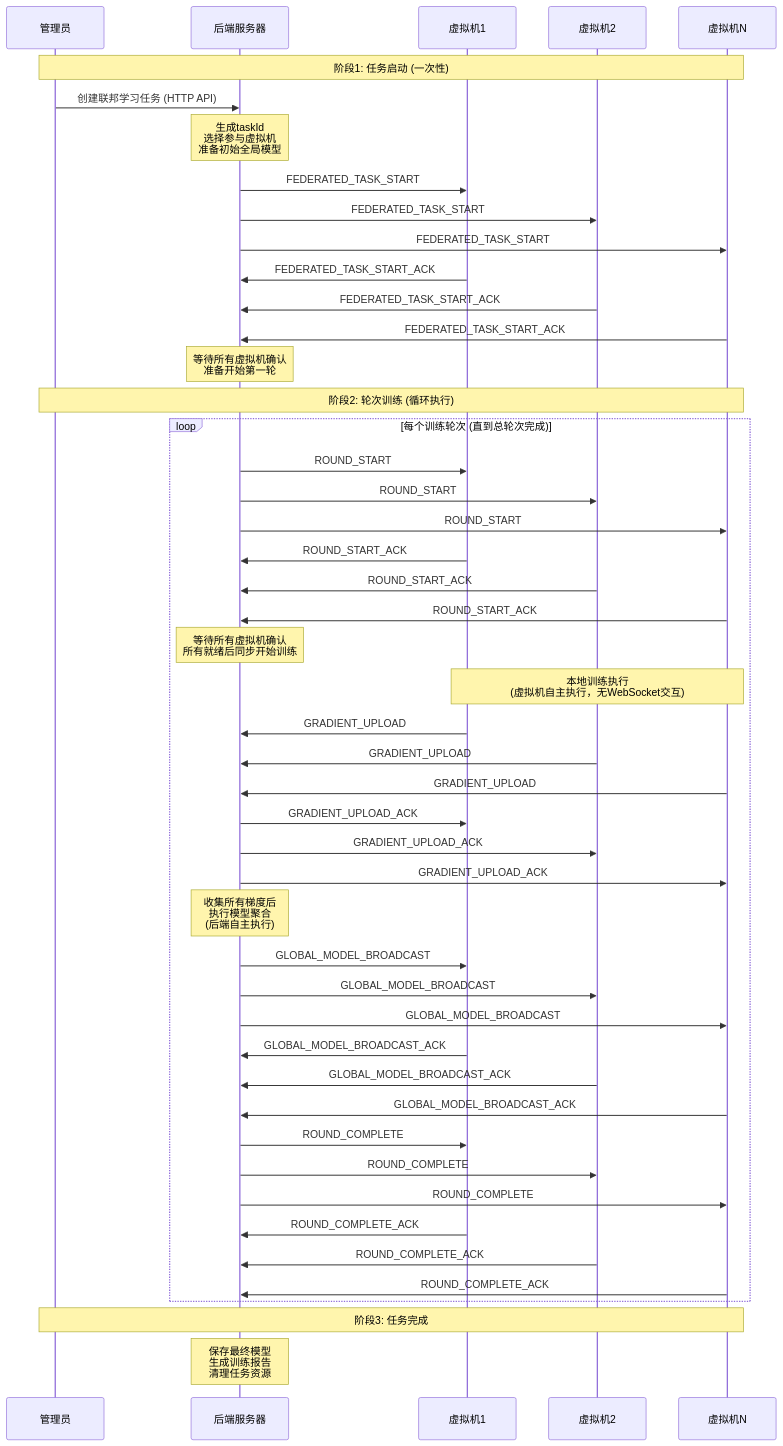
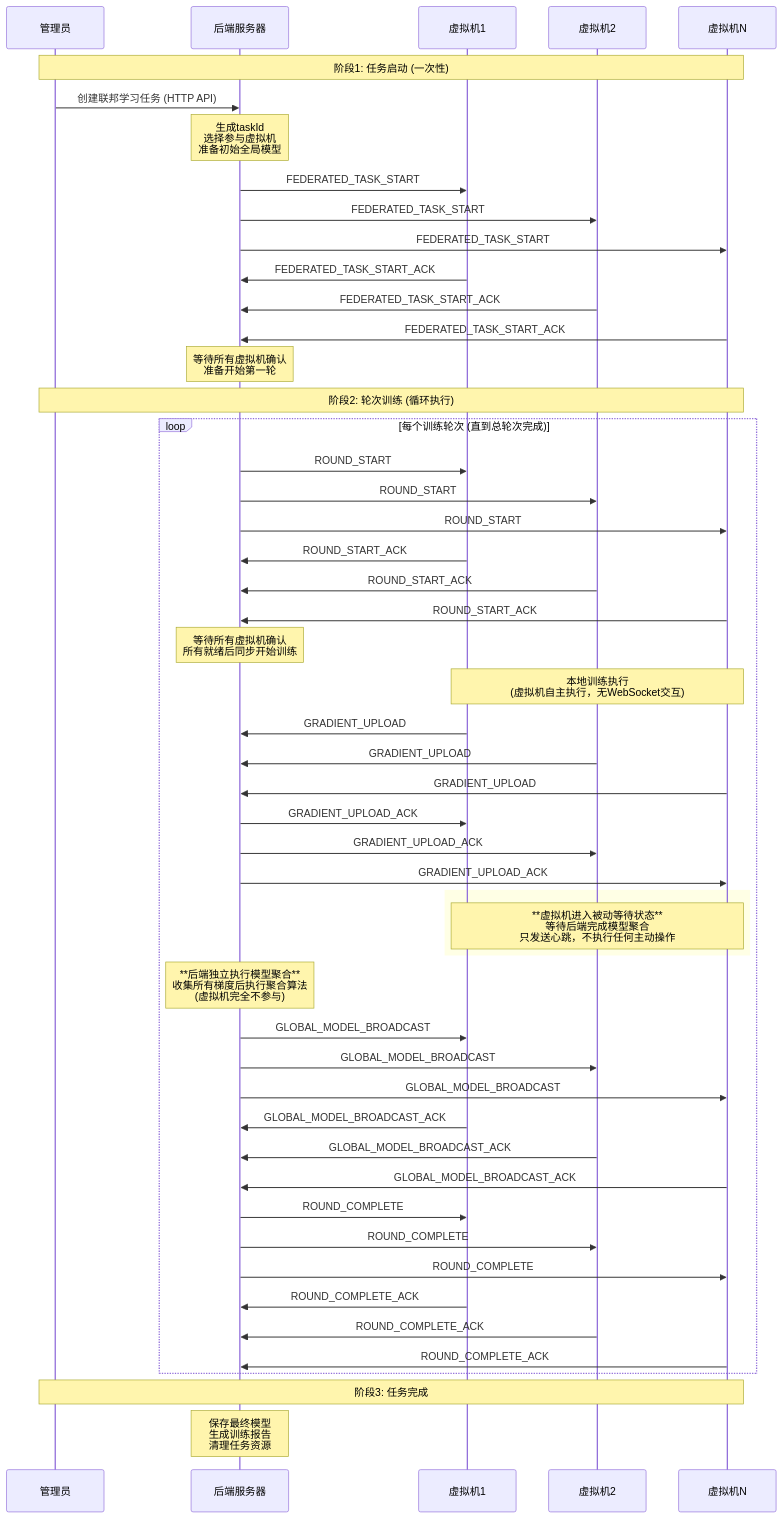
One commit to yyj-bot/fed-uwacomm changed the first of 13 diagrams in docs/shared/api/WebSocket/example/消息时序图.md. Above: the diagram before and after it, drawn with Mermaid. The commit also changed other lines of this file and 13 other files, not shown here.

````diff
--- a/docs/shared/api/WebSocket/example/消息时序图.md
+++ b/docs/shared/api/WebSocket/example/消息时序图.md
@@ -22,66 +22,70 @@
 ```mermaid
 sequenceDiagram
     participant Admin as 管理员
     participant Backend as 后端服务器
     participant VM1 as 虚拟机1
     participant VM2 as 虚拟机2
     participant VMN as 虚拟机N
 
     Note over Admin, VMN: 阶段1: 任务启动 (一次性)
     Admin->>Backend: 创建联邦学习任务 (HTTP API)
     Note over Backend: 生成taskId<br/>选择参与虚拟机<br/>准备初始全局模型
 
     Backend->>VM1: FEDERATED_TASK_START
     Backend->>VM2: FEDERATED_TASK_START
     Backend->>VMN: FEDERATED_TASK_START
 
     VM1->>Backend: FEDERATED_TASK_START_ACK
     VM2->>Backend: FEDERATED_TASK_START_ACK
     VMN->>Backend: FEDERATED_TASK_START_ACK
 
     Note over Backend: 等待所有虚拟机确认<br/>准备开始第一轮
 
     Note over Admin, VMN: 阶段2: 轮次训练 (循环执行)
     loop 每个训练轮次 (直到总轮次完成)
         Backend->>VM1: ROUND_START
         Backend->>VM2: ROUND_START
         Backend->>VMN: ROUND_START
 
         VM1->>Backend: ROUND_START_ACK
         VM2->>Backend: ROUND_START_ACK
         VMN->>Backend: ROUND_START_ACK
 
         Note over Backend: 等待所有虚拟机确认<br/>所有就绪后同步开始训练
 
         Note over VM1, VMN: 本地训练执行<br/>(虚拟机自主执行，无WebSocket交互)
 
         VM1->>Backend: GRADIENT_UPLOAD
         VM2->>Backend: GRADIENT_UPLOAD
         VMN->>Backend: GRADIENT_UPLOAD
 
         Backend->>VM1: GRADIENT_UPLOAD_ACK
         Backend->>VM2: GRADIENT_UPLOAD_ACK
         Backend->>VMN: GRADIENT_UPLOAD_ACK
 
-        Note over Backend: 收集所有梯度后<br/>执行模型聚合<br/>(后端自主执行)
+        rect rgba(255, 255, 0, 0.1)
+            Note over VM1, VMN: **虚拟机进入被动等待状态**<br/>等待后端完成模型聚合<br/>只发送心跳，不执行任何主动操作
+        end
+
+        Note over Backend: **后端独立执行模型聚合**<br/>收集所有梯度后执行聚合算法<br/>(虚拟机完全不参与)
 
         Backend->>VM1: GLOBAL_MODEL_BROADCAST
         Backend->>VM2: GLOBAL_MODEL_BROADCAST
         Backend->>VMN: GLOBAL_MODEL_BROADCAST
 
         VM1->>Backend: GLOBAL_MODEL_BROADCAST_ACK
         VM2->>Backend: GLOBAL_MODEL_BROADCAST_ACK
         VMN->>Backend: GLOBAL_MODEL_BROADCAST_ACK
 
         Backend->>VM1: ROUND_COMPLETE
         Backend->>VM2: ROUND_COMPLETE
         Backend->>VMN: ROUND_COMPLETE
 
         VM1->>Backend: ROUND_COMPLETE_ACK
         VM2->>Backend: ROUND_COMPLETE_ACK
         VMN->>Backend: ROUND_COMPLETE_ACK
     end
 
     Note over Admin, VMN: 阶段3: 任务完成
     Note over Backend: 保存最终模型<br/>生成训练报告<br/>清理任务资源
 ```
````
